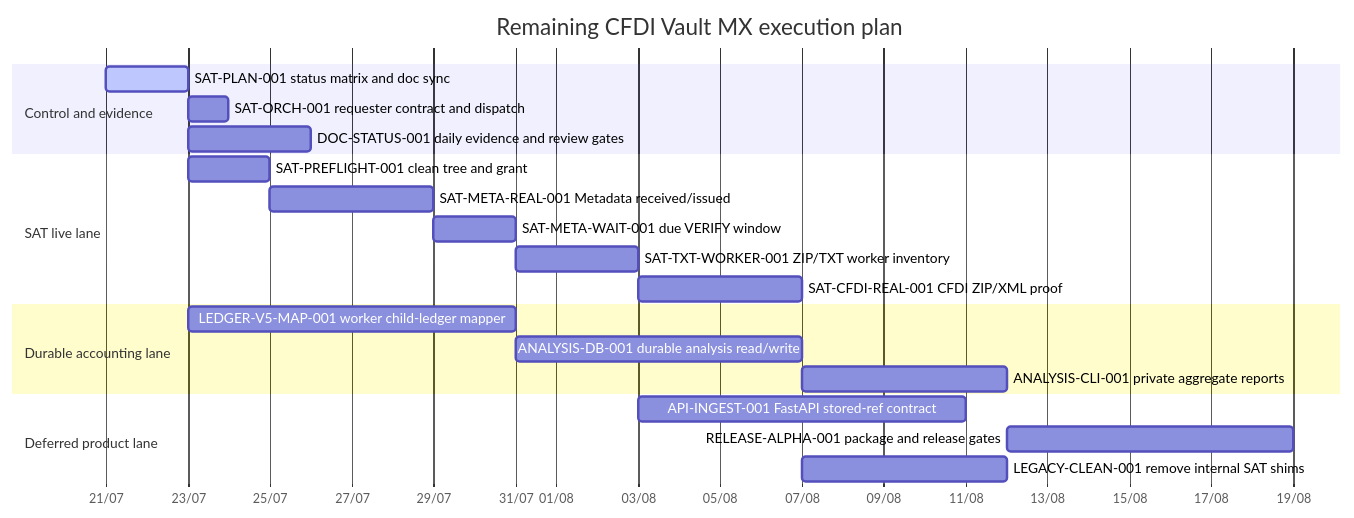
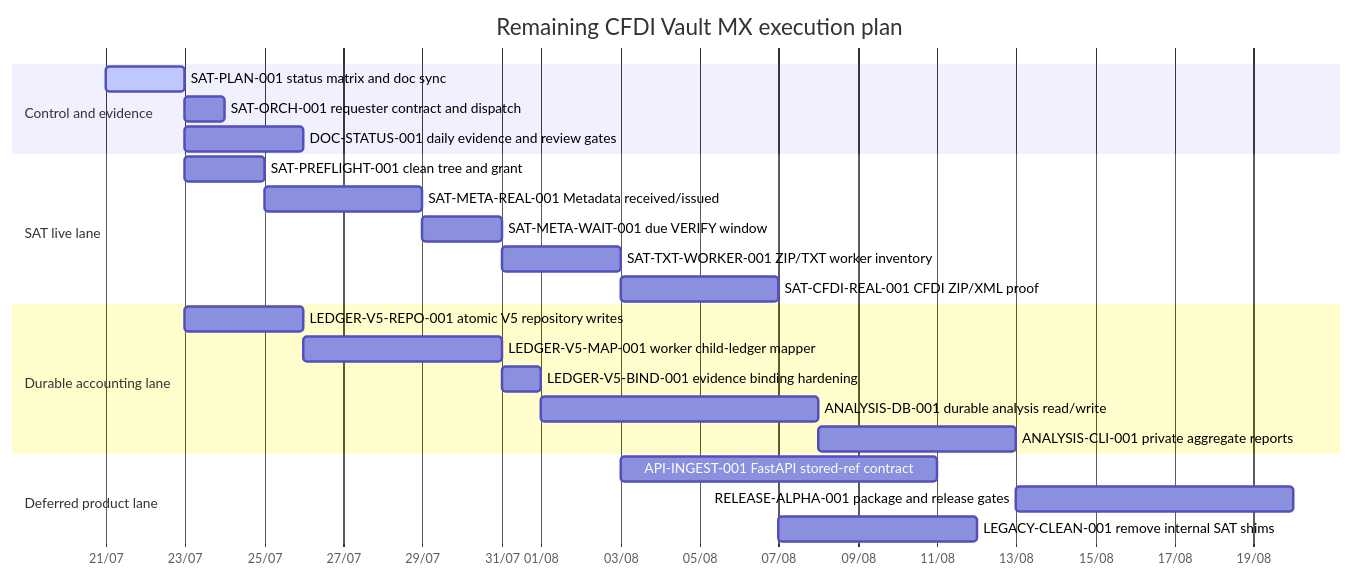
One commit to Crls8a/cfdi-vault-mx changed the diagram in docs/planning/sat-program/master-plan.md. Above: the diagram before and after it, drawn with Mermaid. The commit also changed 4 other files, not shown here.

````diff
--- a/docs/planning/sat-program/master-plan.md
+++ b/docs/planning/sat-program/master-plan.md
@@ -20,28 +20,30 @@
 ```mermaid
 gantt
     title Remaining CFDI Vault MX execution plan
     dateFormat  YYYY-MM-DD
     axisFormat  %d/%m
 
     section Control and evidence
     SAT-PLAN-001 status matrix and doc sync       :active, plan, 2026-07-21, 2d
     SAT-ORCH-001 requester contract and dispatch  :orch, after plan, 1d
     DOC-STATUS-001 daily evidence and review gates :docs, after plan, 3d
 
     section SAT live lane
     SAT-PREFLIGHT-001 clean tree and grant        :preflight, after plan, 2d
     SAT-META-REAL-001 Metadata received/issued    :meta, after preflight, 4d
     SAT-META-WAIT-001 due VERIFY window           :wait, after meta, 2d
     SAT-TXT-WORKER-001 ZIP/TXT worker inventory   :txt, after wait, 3d
     SAT-CFDI-REAL-001 CFDI ZIP/XML proof          :xml, after txt, 4d
 
     section Durable accounting lane
-    LEDGER-V5-MAP-001 worker child-ledger mapper  :v5, after plan, 8d
-    ANALYSIS-DB-001 durable analysis read/write   :analysisdb, after v5, 7d
+    LEDGER-V5-REPO-001 atomic V5 repository writes :v5repo, after plan, 3d
+    LEDGER-V5-MAP-001 worker child-ledger mapper  :v5map, after v5repo, 5d
+    LEDGER-V5-BIND-001 evidence binding hardening :v5bind, after v5map, 1d
+    ANALYSIS-DB-001 durable analysis read/write   :analysisdb, after v5bind, 7d
     ANALYSIS-CLI-001 private aggregate reports    :analysiscli, after analysisdb, 5d
 
     section Deferred product lane
     API-INGEST-001 FastAPI stored-ref contract    :api, after txt, 8d
     RELEASE-ALPHA-001 package and release gates  :release, after analysiscli, 7d
     LEGACY-CLEAN-001 remove internal SAT shims    :cleanup, after xml, 5d
 ```
````
